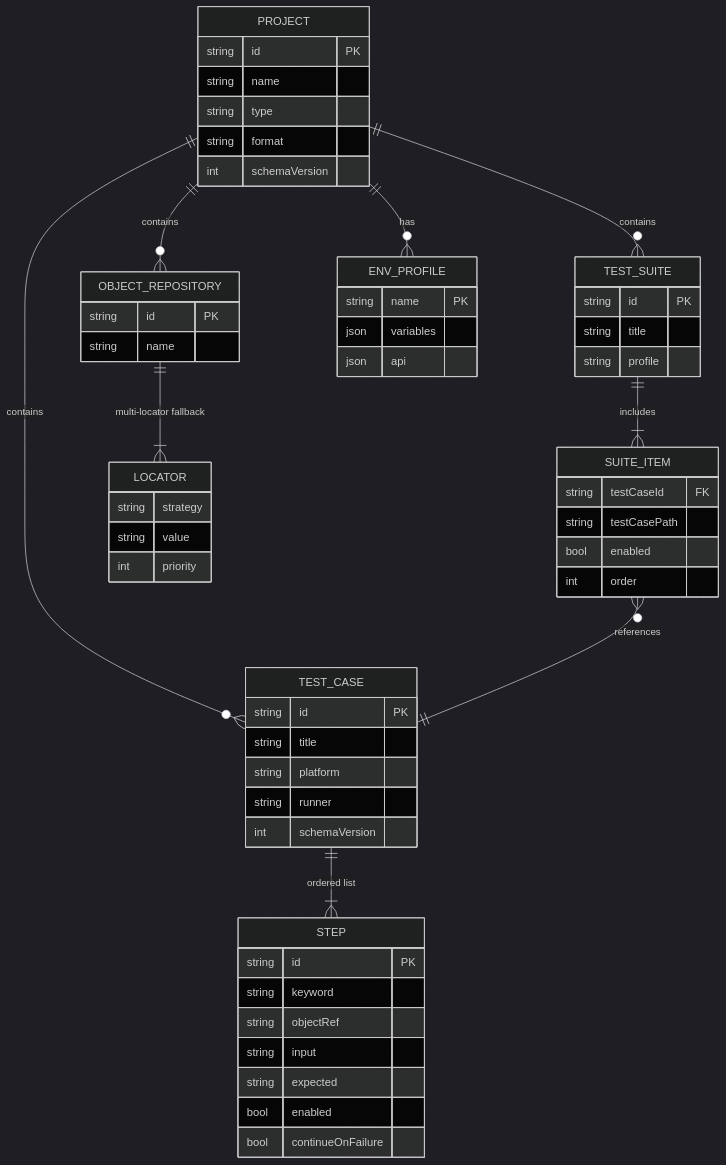
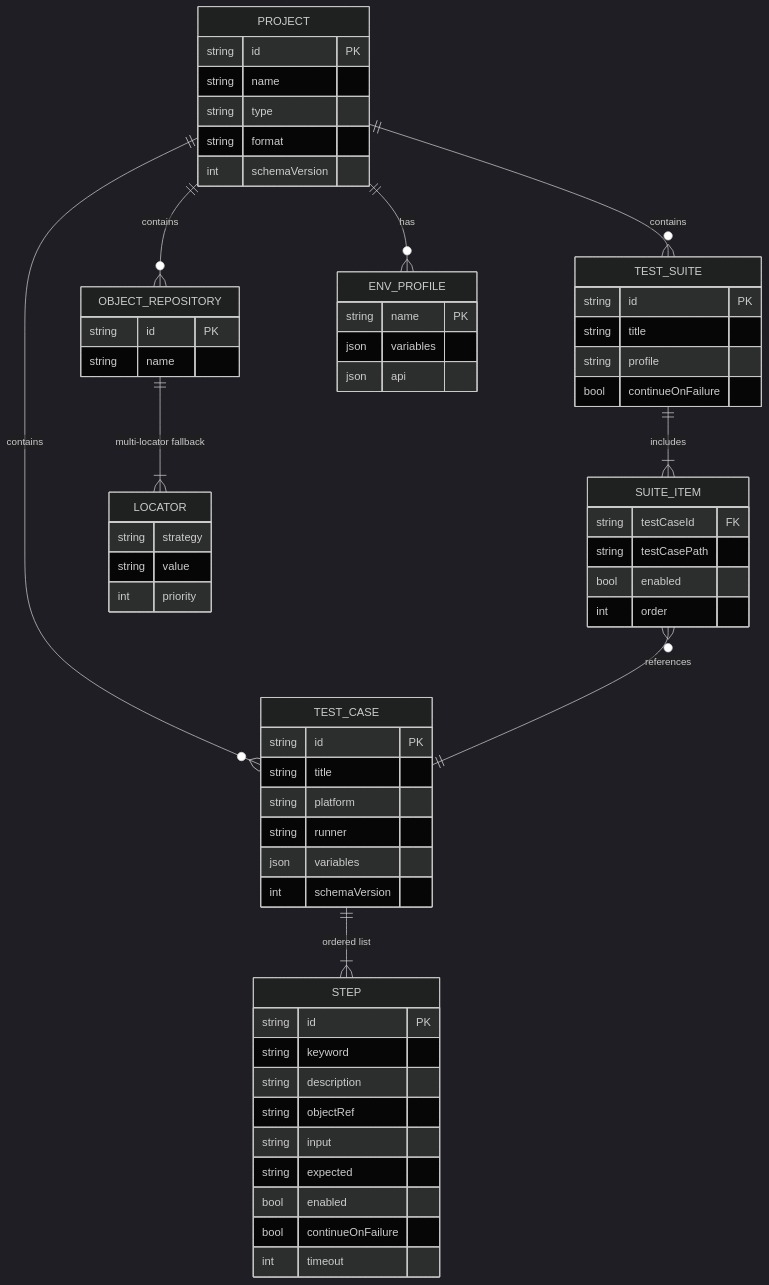
One commit to nhatcoi/jkauto changed the third of 6 diagrams in REPORT.md. Above: the diagram before and after it, drawn with Mermaid (dark theme). The commit also changed other lines of this file and 24 other files, not shown here.

````diff
--- a/REPORT.md
+++ b/REPORT.md
@@ -390,60 +663,64 @@
 ```mermaid
 erDiagram
     PROJECT {
         string id PK
         string name
         string type
         string format
         int schemaVersion
     }
     TEST_CASE {
         string id PK
         string title
         string platform
         string runner
+        json variables
         int schemaVersion
     }
     STEP {
         string id PK
         string keyword
+        string description
         string objectRef
         string input
         string expected
         bool enabled
         bool continueOnFailure
+        int timeout
     }
     TEST_SUITE {
         string id PK
         string title
         string profile
+        bool continueOnFailure
     }
     SUITE_ITEM {
         string testCaseId FK
         string testCasePath
         bool enabled
         int order
     }
     OBJECT_REPOSITORY {
         string id PK
         string name
     }
     LOCATOR {
         string strategy
         string value
         int priority
     }
     ENV_PROFILE {
         string name PK
         json variables
         json api
     }
 
     PROJECT ||--o{ TEST_CASE : contains
     PROJECT ||--o{ TEST_SUITE : contains
     PROJECT ||--o{ OBJECT_REPOSITORY : contains
     PROJECT ||--o{ ENV_PROFILE : has
     TEST_CASE ||--|{ STEP : "ordered list"
     TEST_SUITE ||--|{ SUITE_ITEM : includes
     SUITE_ITEM }o--|| TEST_CASE : references
     OBJECT_REPOSITORY ||--|{ LOCATOR : "multi-locator fallback"
 ```
````
